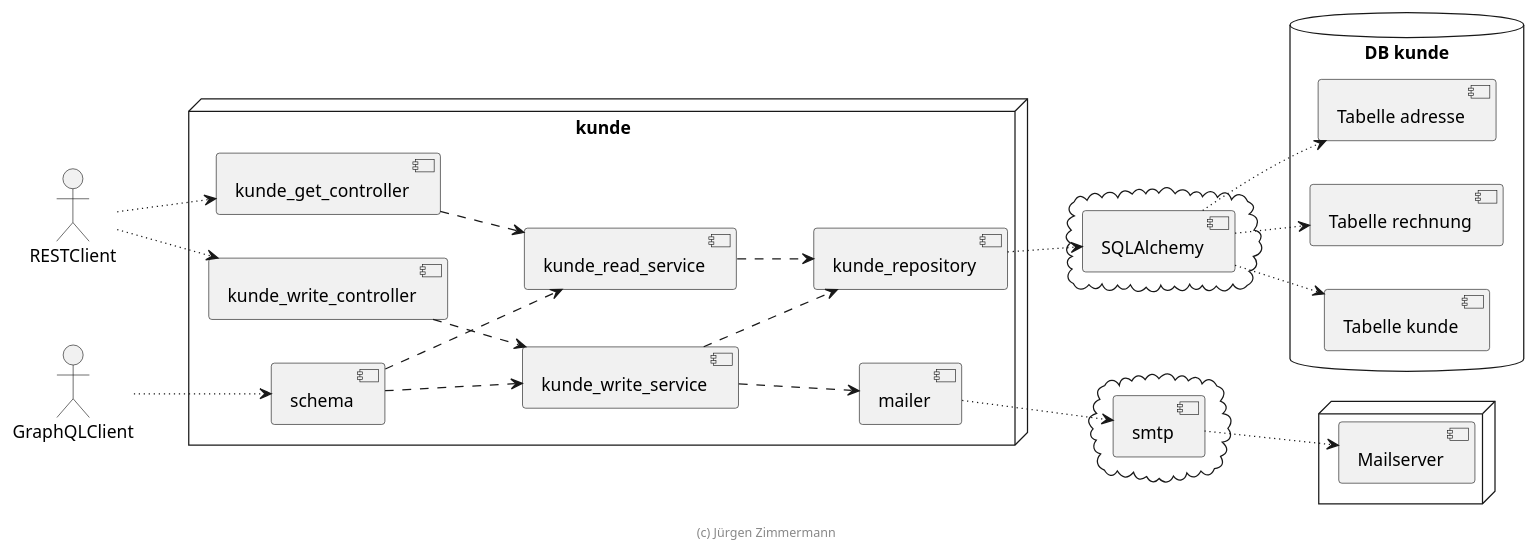
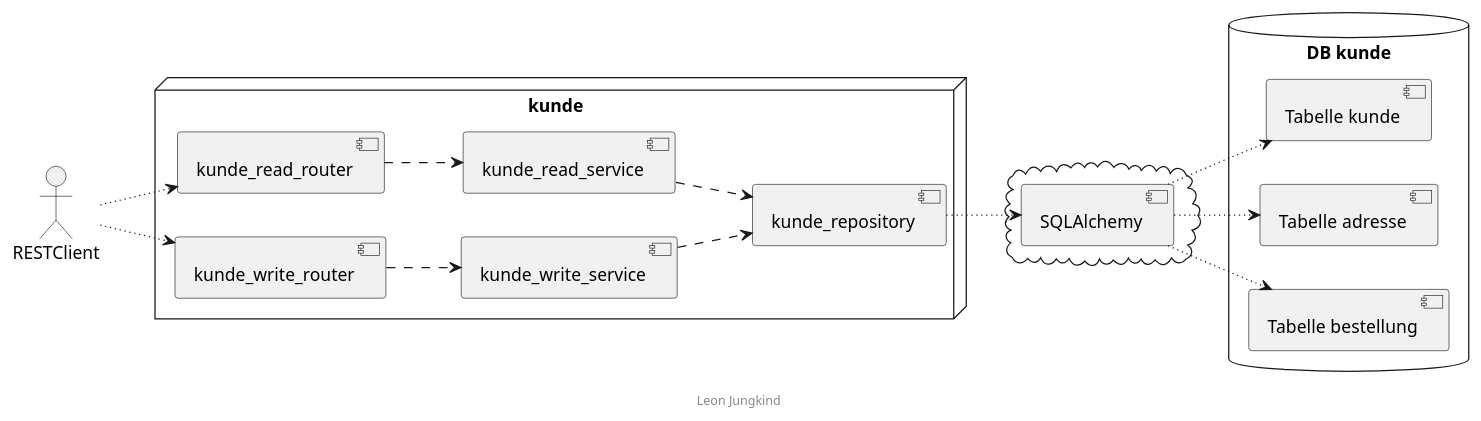
Before and after one commit to leonjungkind-cmyk/SWE_Abgabe_1: the diagram in docs/diagramme/src/komponenten.plantuml, drawn with PlantUML. The commit also changed other lines of this file and 5 other files, not shown here.

Commit message:
Plant UML diagramme und 2 Erklärungsdateien für das code Verständnis(von Claude Code Generiert)

```diff
--- a/docs/diagramme/src/komponenten.plantuml
+++ b/docs/diagramme/src/komponenten.plantuml
@@ -18,62 +3,42 @@
 @startuml Komponenten
 
 left to right direction
 
 actor RESTClient
-actor GraphQLClient
 
 node "kunde" {
-  [kunde_get_controller]
-  [kunde_write_controller]
-  [schema]
+  [kunde_read_router]
+  [kunde_write_router]
 
   [kunde_read_service]
   [kunde_write_service]
 
   [kunde_repository]
-
-  [mailer]
 }
-
 
 cloud {
     [SQLAlchemy]
 }
 
-cloud {
-    [smtp]
-}
-
 database "DB kunde" {
     [Tabelle kunde]
     [Tabelle adresse]
-    [Tabelle rechnung]
+    [Tabelle bestellung]
 }
 
-node {
-    [Mailserver]
-}
+RESTClient ~~> [kunde_read_router]
+RESTClient ~~> [kunde_write_router]
 
-RESTClient ~~> [kunde_get_controller]
-RESTClient ~~> [kunde_write_controller]
-GraphQLClient ~~> [schema]
-
-[kunde_get_controller] ..> [kunde_read_service]
-[kunde_write_controller] ..> [kunde_write_service]
-[schema] ..> [kunde_read_service]
-[schema] ..> [kunde_write_service]
+[kunde_read_router] ..> [kunde_read_service]
+[kunde_write_router] ..> [kunde_write_service]
 [kunde_read_service] ..> [kunde_repository]
 [kunde_write_service] ..> [kunde_repository]
 
 [kunde_repository] ~~> [SQLAlchemy]
 [SQLAlchemy] ~~> [Tabelle kunde]
 [SQLAlchemy] ~~> [Tabelle adresse]
-[SQLAlchemy] ~~> [Tabelle rechnung]
+[SQLAlchemy] ~~> [Tabelle bestellung]
 
-[kunde_write_service] ..> [mailer]
-[mailer] ~~> [smtp]
-[smtp] ~~> [Mailserver]
-
-footer (c) Jürgen Zimmermann
+footer Leon Jungkind
 
 @enduml
```
